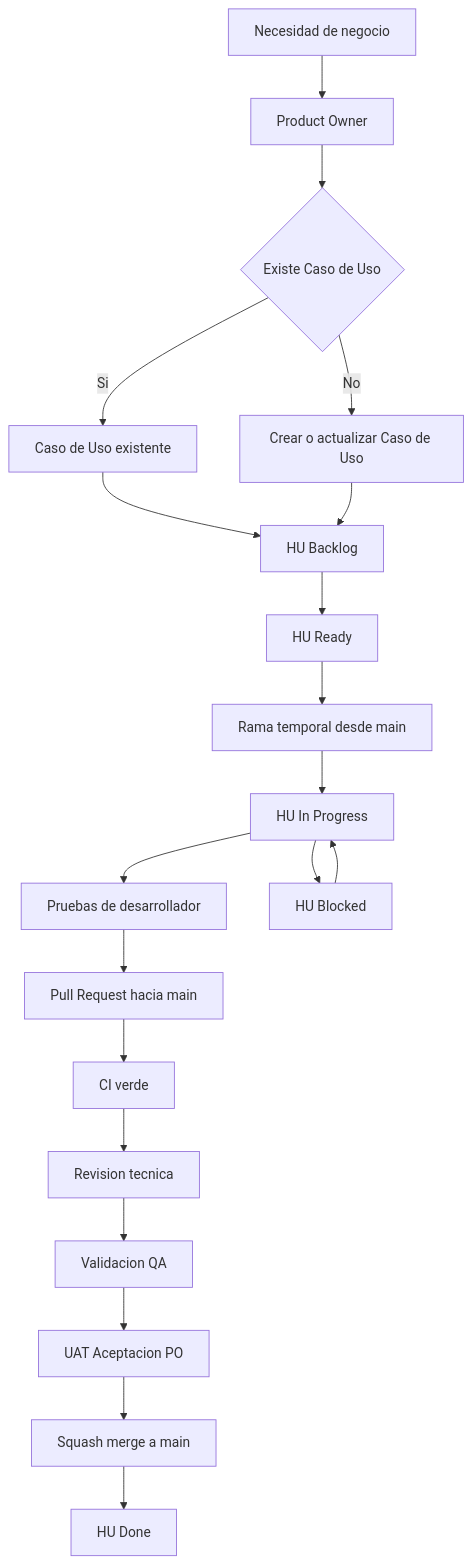
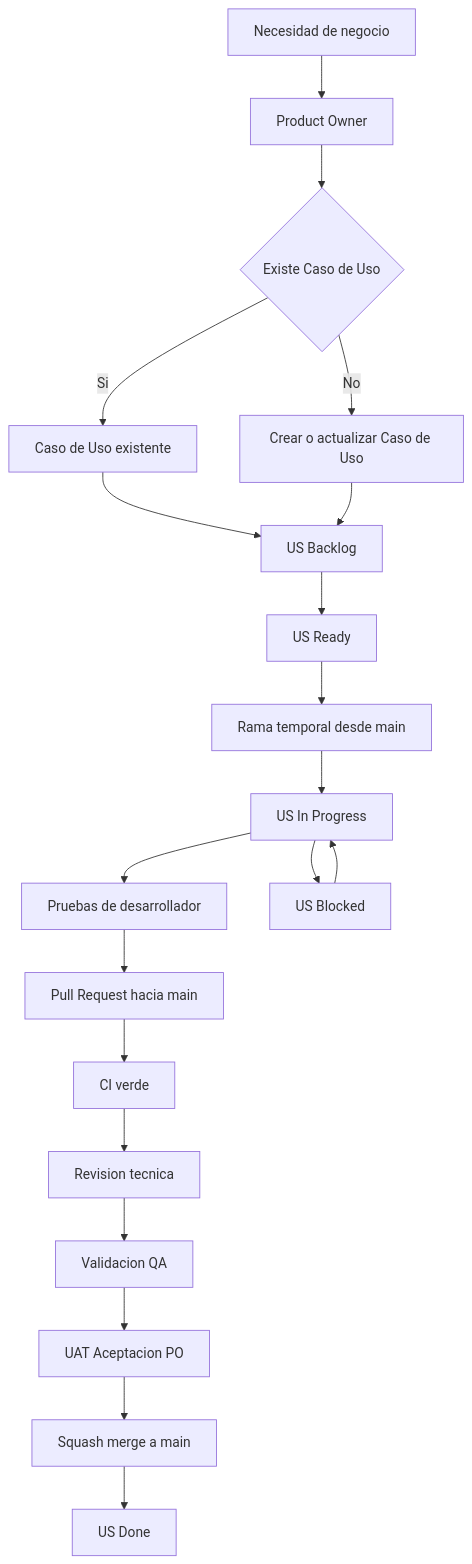
One commit to L4CR/L4.Land4.Docs changed the diagram in docs-repo/procesos/github-flow.md. Above: the diagram before and after it, drawn with Mermaid. The commit also changed other lines of this file and 50 other files, not shown here.

````diff
--- a/docs-repo/procesos/github-flow.md
+++ b/docs-repo/procesos/github-flow.md
@@ -32,22 +32,22 @@
 ```mermaid
 flowchart TD
     Need["Necesidad de negocio"] --> ProductOwner["Product Owner"]
     ProductOwner --> UseCaseDecision{"Existe Caso de Uso"}
     UseCaseDecision -->|"Si"| ExistingUseCase["Caso de Uso existente"]
     UseCaseDecision -->|"No"| NewUseCase["Crear o actualizar Caso de Uso"]
-    ExistingUseCase --> Backlog["HU Backlog"]
+    ExistingUseCase --> Backlog["US Backlog"]
     NewUseCase --> Backlog
-    Backlog --> Ready["HU Ready"]
+    Backlog --> Ready["US Ready"]
     Ready --> Branch["Rama temporal desde main"]
-    Branch --> InProgress["HU In Progress"]
+    Branch --> InProgress["US In Progress"]
     InProgress --> DevTests["Pruebas de desarrollador"]
     DevTests --> PullRequest["Pull Request hacia main"]
-    InProgress --> Blocked["HU Blocked"]
+    InProgress --> Blocked["US Blocked"]
     Blocked --> InProgress
     PullRequest --> CI["CI verde"]
     CI --> TechReview["Revision tecnica"]
     TechReview --> QA["Validacion QA"]
     QA --> UAT["UAT Aceptacion PO"]
     UAT --> Merge["Squash merge a main"]
-    Merge --> Done["HU Done"]
+    Merge --> Done["US Done"]
 ```
````
